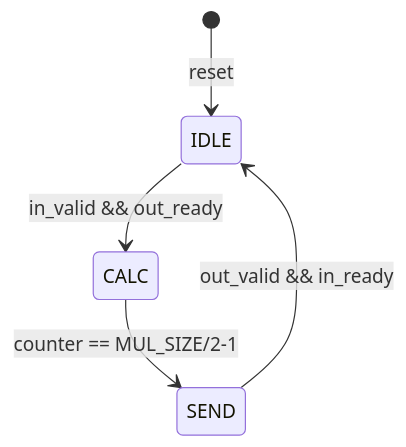
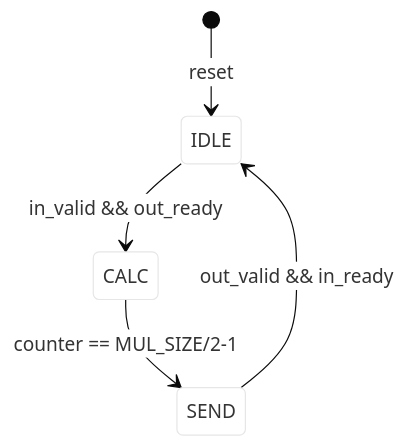
The diagram in Lab_3/Booth4_multiplier/README.md (EsaLongs/EESM6000C_CL), drawn with Mermaid before and after one commit.

````diff
--- a/Lab_3/Booth4_multiplier/README.md
+++ b/Lab_3/Booth4_multiplier/README.md
@@ -10,18 +10,17 @@
 ```mermaid
 
 %%{
   init: {
     'theme': 'base',
     'themeVariables': {
-      'primaryColor': '#ffffff',
-      'mermaid-container': '#ffffff',
+      'primaryColor': '#ffffff'
     }
   }
 }%%
 
 stateDiagram-v2
     [*] --> IDLE : reset
     IDLE --> CALC : in_valid && out_ready
     CALC --> SEND : counter == MUL_SIZE/2-1
     SEND --> IDLE : out_valid && in_ready
 ```
````
